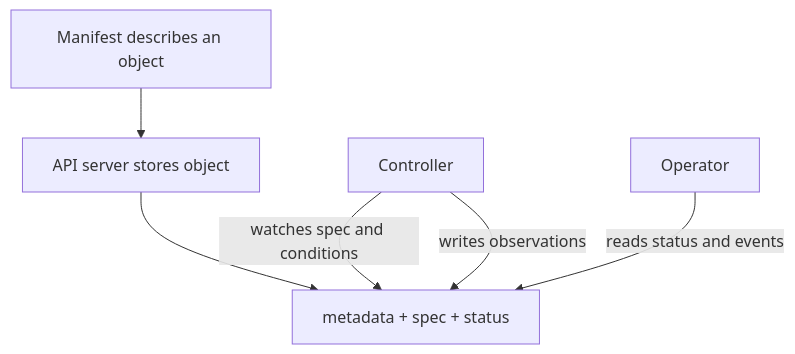
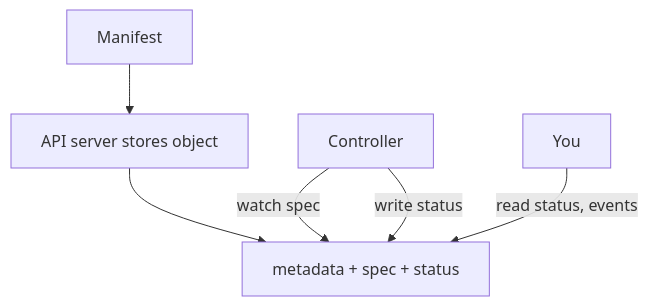
The diagram in docs/learn/cluster/objects-and-api.md (darshan-raul/apollo11-docs), drawn with Mermaid before and after one commit. The commit also changed other lines of this file and 55 other files, not shown here.

````diff
--- a/docs/learn/cluster/objects-and-api.md
+++ b/docs/learn/cluster/objects-and-api.md
@@ -40,8 +26,8 @@
-~~~mermaid
+```mermaid
 flowchart TB
-  Manifest[Manifest describes an object] --> API[API server stores object]
-  API --> Object[metadata + spec + status]
-  Controller[Controller] -->|watches spec and conditions| Object
-  Controller -->|writes observations| Object
-  User[Operator] -->|reads status and events| Object
-~~~
+  M[Manifest] --> API[API server stores object]
+  API --> O[metadata + spec + status]
+  Ctrl[Controller] -->|watch spec| O
+  Ctrl -->|write status| O
+  You -->|read status, events| O
+```
````
